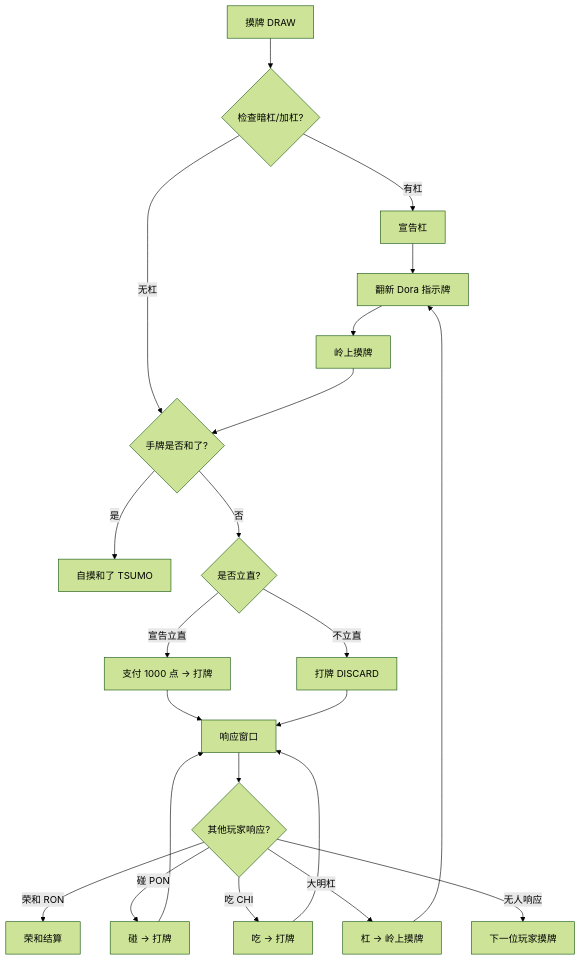
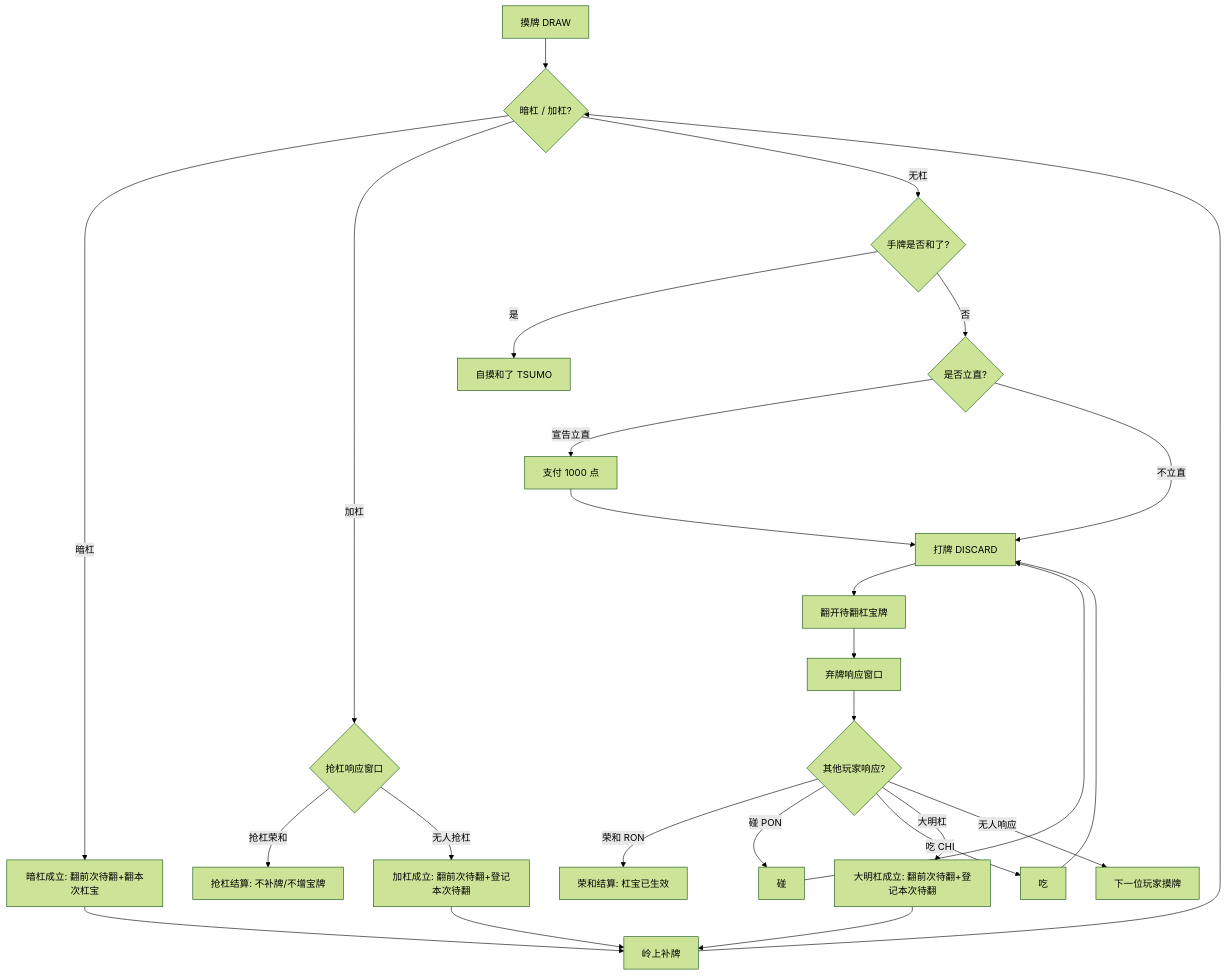
Before and after one commit to liuchangready/majiang-game: the diagram in doc/RIICHI_RULES_DESIGN.md, drawn with Mermaid (forest theme). The commit also changed other lines of this file and 82 other files, not shown here.

````diff
--- a/doc/RIICHI_RULES_DESIGN.md
+++ b/doc/RIICHI_RULES_DESIGN.md
@@ -130,24 +130,24 @@
 ```mermaid
 flowchart TD
-    A[摸牌 DRAW] --> B{检查暗杠/加杠?}
-    B -->|有杠| C[宣告杠]
+    A[摸牌 DRAW] --> B{暗杠 / 加杠?}
+    B -->|暗杠| C_ANKAN[暗杠成立: 翻前次待翻+翻本次杠宝]
+    C_ANKAN --> C_RINSHAN[岭上补牌]
+    B -->|加杠| C_CHAKAN{抢杠响应窗口}
+    C_CHAKAN -->|抢杠荣和| CHAKAN_RON[抢杠结算: 不补牌/不增宝牌]
+    C_CHAKAN -->|无人抢杠| C_ADD_COMMIT[加杠成立: 翻前次待翻+登记本次待翻]
+    C_ADD_COMMIT --> C_RINSHAN
     B -->|无杠| D{手牌是否和了?}
-    C --> C1[翻新 Dora 指示牌]
-    C1 --> C2[岭上摸牌]
-    C2 --> D
+    C_RINSHAN --> B
     D -->|是| E[自摸和了 TSUMO]
     D -->|否| F{是否立直?}
-    F -->|宣告立直| G[支付 1000 点 → 打牌]
-    F -->|不立直| H[打牌 DISCARD]
-    G --> I[响应窗口]
-    H --> I
+    F -->|宣告立直| G[支付 1000 点] --> H[打牌 DISCARD]
+    F -->|不立直| H
+    H --> H_FLIP[翻开待翻杠宝牌]
+    H_FLIP --> I[弃牌响应窗口]
     I --> J{其他玩家响应?}
-    J -->|荣和 RON| K[荣和结算]
-    J -->|碰 PON| L[碰 → 打牌]
-    J -->|吃 CHI| M[吃 → 打牌]
-    J -->|大明杠| N[杠 → 岭上摸牌]
+    J -->|荣和 RON| K[荣和结算: 杠宝已生效]
+    J -->|碰 PON| L[碰] --> H
+    J -->|吃 CHI| M[吃] --> H
+    J -->|大明杠| N[大明杠成立: 翻前次待翻+登记本次待翻] --> C_RINSHAN
     J -->|无人响应| O[下一位玩家摸牌]
-    L --> I
-    M --> I
-    N --> C1
 ```
````
